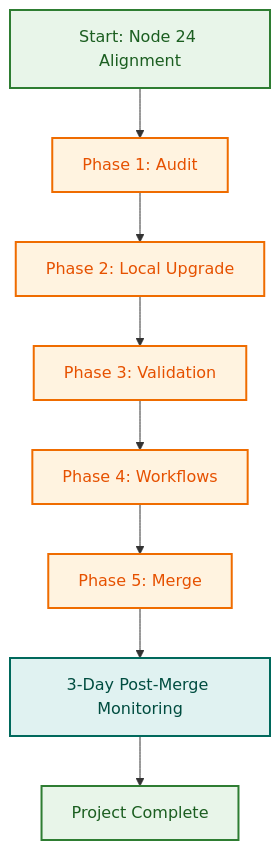
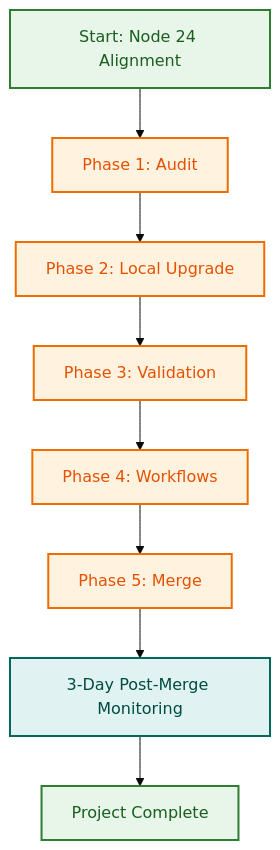
The diagram in .github/projects/active/nodejs-upgrade-2026-q4/README.md (lightspeedwp/.github), drawn with Mermaid before and after one commit.

Commit message:
fix: correct Mermaid diagram syntax in Node.js 24 upgrade README
- Fixed accTitle and accDescr attributes (invalid Mermaid syntax)
- Updated flowchart configuration to use proper YAML config block
- Ensures diagram renders correctly in GitHub and passes Mermaid validation

Claude-Session: https://claude.ai/code/session_01DmCVAx4Kb1DNRKqoKakEcy

````diff
--- a/.github/projects/active/nodejs-upgrade-2026-q4/README.md
+++ b/.github/projects/active/nodejs-upgrade-2026-q4/README.md
@@ -315,23 +315,26 @@
 ```mermaid
+---
+config:
+  flowchart:
+    htmlLabels: true
+  theme: base
+---
 flowchart TD
-  accTitle: Node.js 24 Upgrade Workflow
-  accDescr: Visual representation of the Node.js 24 upgrade phases
-  A[Start: Node 24 Alignment] --> B[Phase 1: Audit]
-  B --> C[Phase 2: Local Upgrade]
-  C --> D[Phase 3: Validation]
-  D --> E[Phase 4: Workflows]
-  E --> F[Phase 5: Merge]
-  F --> G[3-Day Post-Merge Monitoring]
-  G --> H[Project Complete]
+  A["Start: Node 24 Alignment"] --> B["Phase 1: Audit"]
+  B --> C["Phase 2: Local Upgrade"]
+  C --> D["Phase 3: Validation"]
+  D --> E["Phase 4: Workflows"]
+  E --> F["Phase 5: Merge"]
+  F --> G["3-Day Post-Merge Monitoring"]
+  G --> H["Project Complete"]
 
   classDef start fill:#E8F5E9,stroke:#2E7D32,stroke-width:2px,color:#1B5E20;
   classDef phase fill:#FFF3E0,stroke:#EF6C00,stroke-width:2px,color:#E65100;
-  classDef validation fill:#F3E5F5,stroke:#6A1B9A,stroke-width:2px,color:#4A148C;
   classDef monitoring fill:#E0F2F1,stroke:#00695C,stroke-width:2px,color:#004D40;
   classDef done fill:#E8F5E9,stroke:#2E7D32,stroke-width:2px,color:#1B5E20;
 
   class A start;
   class B,C,D,E,F phase;
   class G monitoring;
   class H done;
 ```
````
